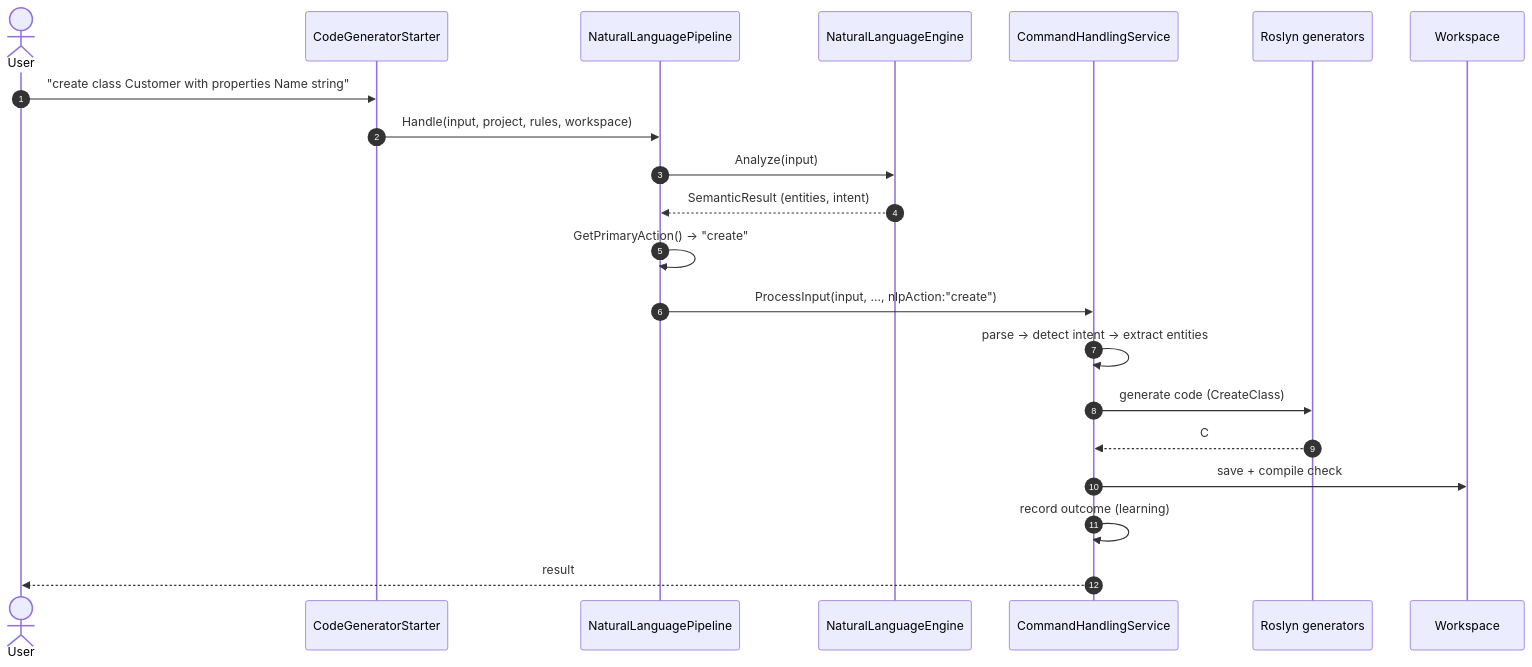
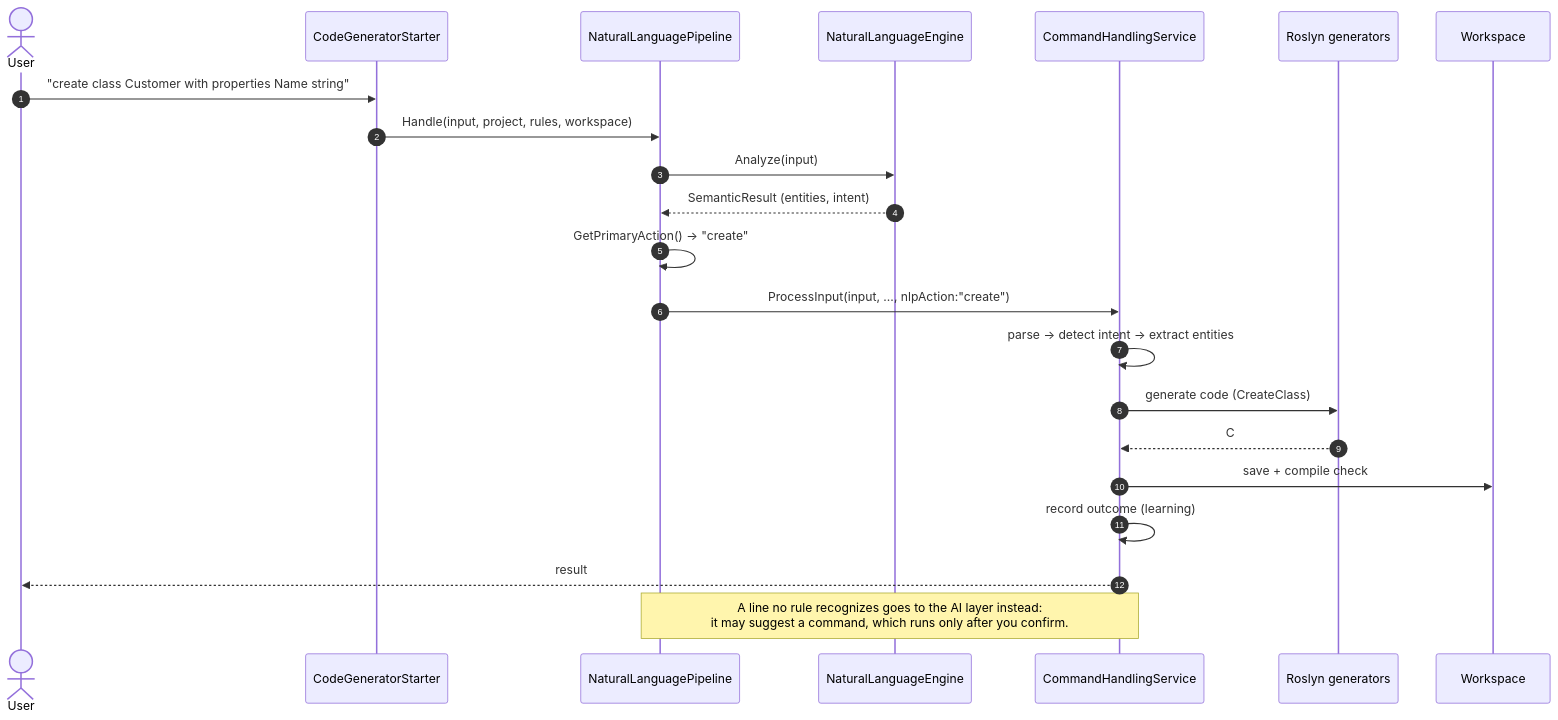
Before and after one commit to rohit-sharma444/SmartCodeGenerator: the fourth of 7 diagrams in docs/architecture.md, drawn with Mermaid. The commit also changed other lines of this file and 34 other files, not shown here.

First line of the commit message:
docs: refresh help, user manual, READMEs and diagrams against the code

````diff
--- a/docs/architecture.md
+++ b/docs/architecture.md
@@ -320,24 +336,25 @@
 ```mermaid
 sequenceDiagram
     autonumber
     actor User
     participant CLI as CodeGeneratorStarter
     participant Pipe as NaturalLanguagePipeline
     participant NLE as NaturalLanguageEngine
     participant CHS as CommandHandlingService
     participant Gen as Roslyn generators
     participant FS as Workspace
 
     User->>CLI: "create class Customer with properties Name string"
     CLI->>Pipe: Handle(input, project, rules, workspace)
     Pipe->>NLE: Analyze(input)
     NLE-->>Pipe: SemanticResult (entities, intent)
     Pipe->>Pipe: GetPrimaryAction() → "create"
     Pipe->>CHS: ProcessInput(input, …, nlpAction:"create")
     CHS->>CHS: parse → detect intent → extract entities
     CHS->>Gen: generate code (CreateClass)
     Gen-->>CHS: C# source
     CHS->>FS: save + compile check
     CHS->>CHS: record outcome (learning)
     CHS-->>User: result
+    Note over Pipe,CHS: A line no rule recognizes goes to the AI layer instead:<br/>it may suggest a command, which runs only after you confirm.
 ```
````
